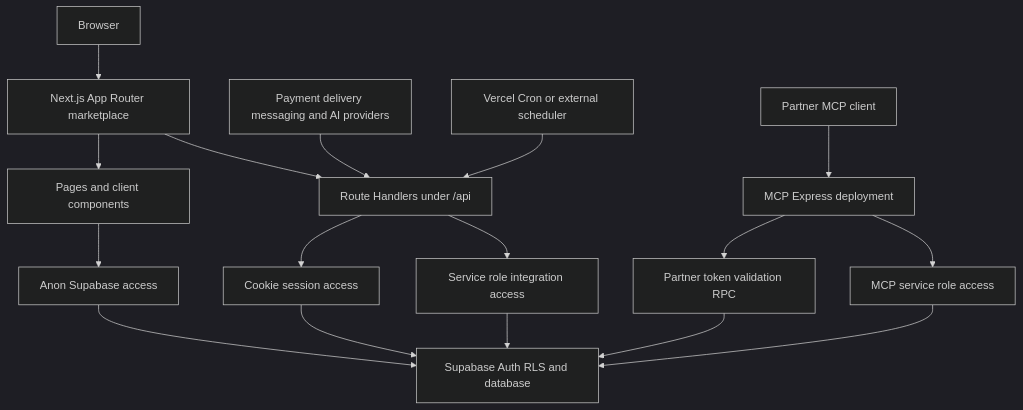
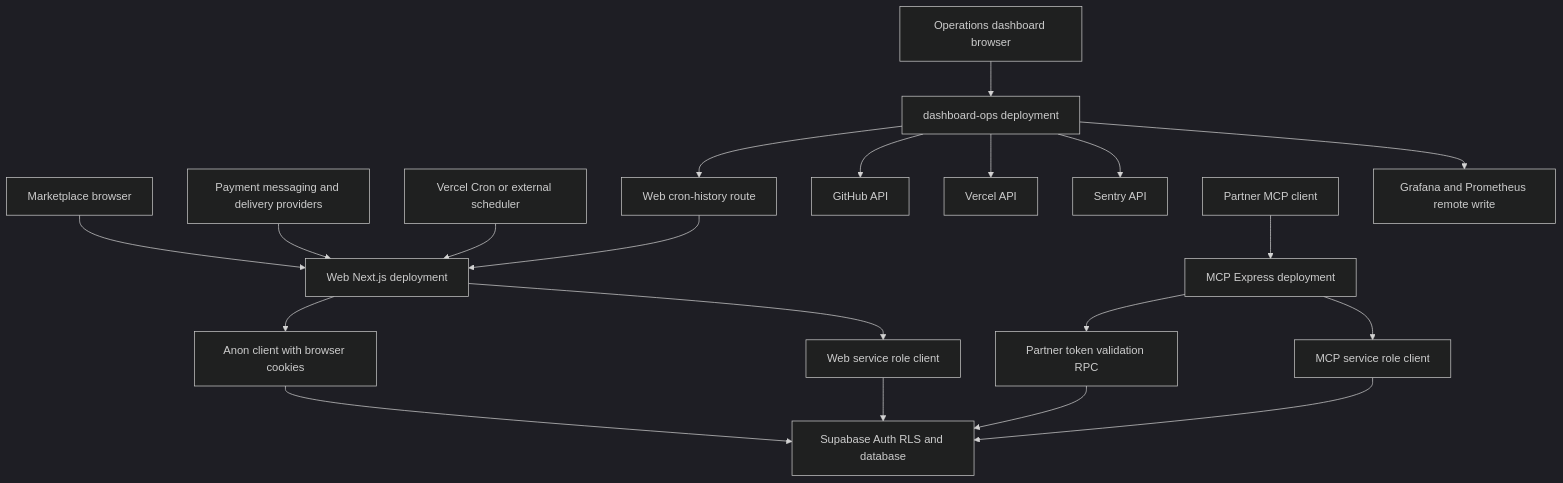
Before and after one commit to Schneider-Gr/industria24hIA: the first of 2 diagrams in openwiki/architecture/system-map.md, drawn with Mermaid (dark theme). The commit also changed other lines of this file and 32 other files, not shown here.

````diff
--- a/openwiki/architecture/system-map.md
+++ b/openwiki/architecture/system-map.md
@@ -22,19 +109,22 @@
 ```mermaid
 flowchart TD
-  Browser["Browser"] --> Next["Next.js App Router marketplace"]
-  Next --> Pages["Pages and client components"]
-  Next --> Handlers["Route Handlers under /api"]
-  Pages --> Anon["Anon Supabase access"]
-  Handlers --> Session["Cookie session access"]
-  Handlers --> Privileged["Service role integration access"]
-  Anon --> Supabase["Supabase Auth RLS and database"]
-  Session --> Supabase
-  Privileged --> Supabase
-  Providers["Payment delivery messaging and AI providers"] --> Handlers
-  Scheduler["Vercel Cron or external scheduler"] --> Handlers
+  Shopper["Marketplace browser"] --> Web["Web Next.js deployment"]
+  OpsUser["Operations dashboard browser"] --> Ops["dashboard-ops deployment"]
   Partner["Partner MCP client"] --> MCP["MCP Express deployment"]
+  Provider["Payment messaging and delivery providers"] --> Web
+  Tick["Vercel Cron or external scheduler"] --> Web
+  Web --> Session["Anon client with browser cookies"]
+  Web --> Service["Web service role client"]
+  Session --> Supabase["Supabase Auth RLS and database"]
+  Service --> Supabase
   MCP --> Token["Partner token validation RPC"]
   Token --> Supabase
-  MCP --> MCPService["MCP service role access"]
+  MCP --> MCPService["MCP service role client"]
   MCPService --> Supabase
+  Ops --> GitHub["GitHub API"]
+  Ops --> Vercel["Vercel API"]
+  Ops --> Sentry["Sentry API"]
+  Ops --> WebCron["Web cron-history route"]
+  WebCron --> Web
+  Ops --> Grafana["Grafana and Prometheus remote write"]
 ```
````
